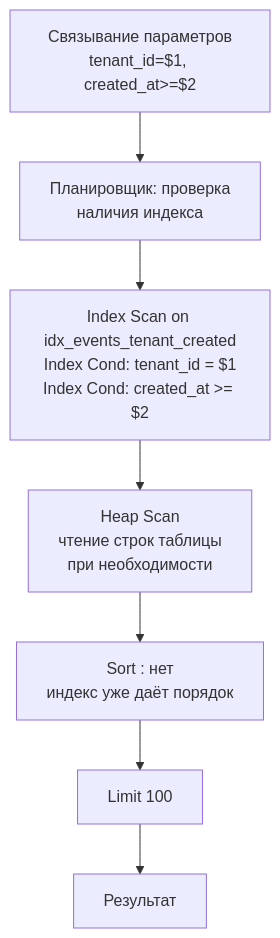
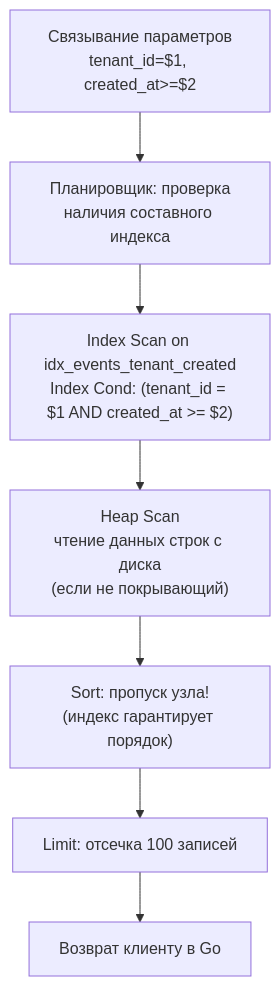
One commit to UnrealTemplier/go-textbook changed the second of 2 diagrams in sources/12. Базы данных/04. Индексы и производительность/5. Composite индексы.md. Above: the diagram before and after it, drawn with Mermaid. The commit also changed other lines of this file, not shown here.

````diff
--- a/sources/12. Базы данных/04. Индексы и производительность/5. Composite индексы.md
+++ b/sources/12. Базы данных/04. Индексы и производительность/5. Composite индексы.md
@@ -151,17 +274,17 @@
 ```mermaid
 flowchart TD
     Bind["Связывание параметров<br>tenant_id=$1, created_at>=$2"]
-    Planner["Планировщик: проверка<br>наличия индекса"]
-    IndexScan["Index Scan on idx_events_tenant_created<br>Index Cond: tenant_id = $1<br>Index Cond: created_at >= $2"]
-    HeapScan["Heap Scan<br>чтение строк таблицы<br>при необходимости"]
-    Sort["Sort : нет<br>индекс уже даёт порядок"]
-    Limit["Limit 100"]
-    Result["Результат"]
+    Planner["Планировщик: проверка<br>наличия составного индекса"]
+    IndexScan["Index Scan on idx_events_tenant_created<br>Index Cond: (tenant_id = $1 AND created_at >= $2)"]
+    HeapScan["Heap Scan<br>чтение данных строк с диска<br>(если не покрывающий)"]
+    Sort["Sort: пропуск узла!<br>(индекс гарантирует порядок)"]
+    Limit["Limit: отсечка 100 записей"]
+    Result["Возврат клиенту в Go"]
 
     Bind --> Planner
     Planner --> IndexScan
     IndexScan --> HeapScan
     HeapScan --> Sort
     Sort --> Limit
     Limit --> Result
 ```
````
